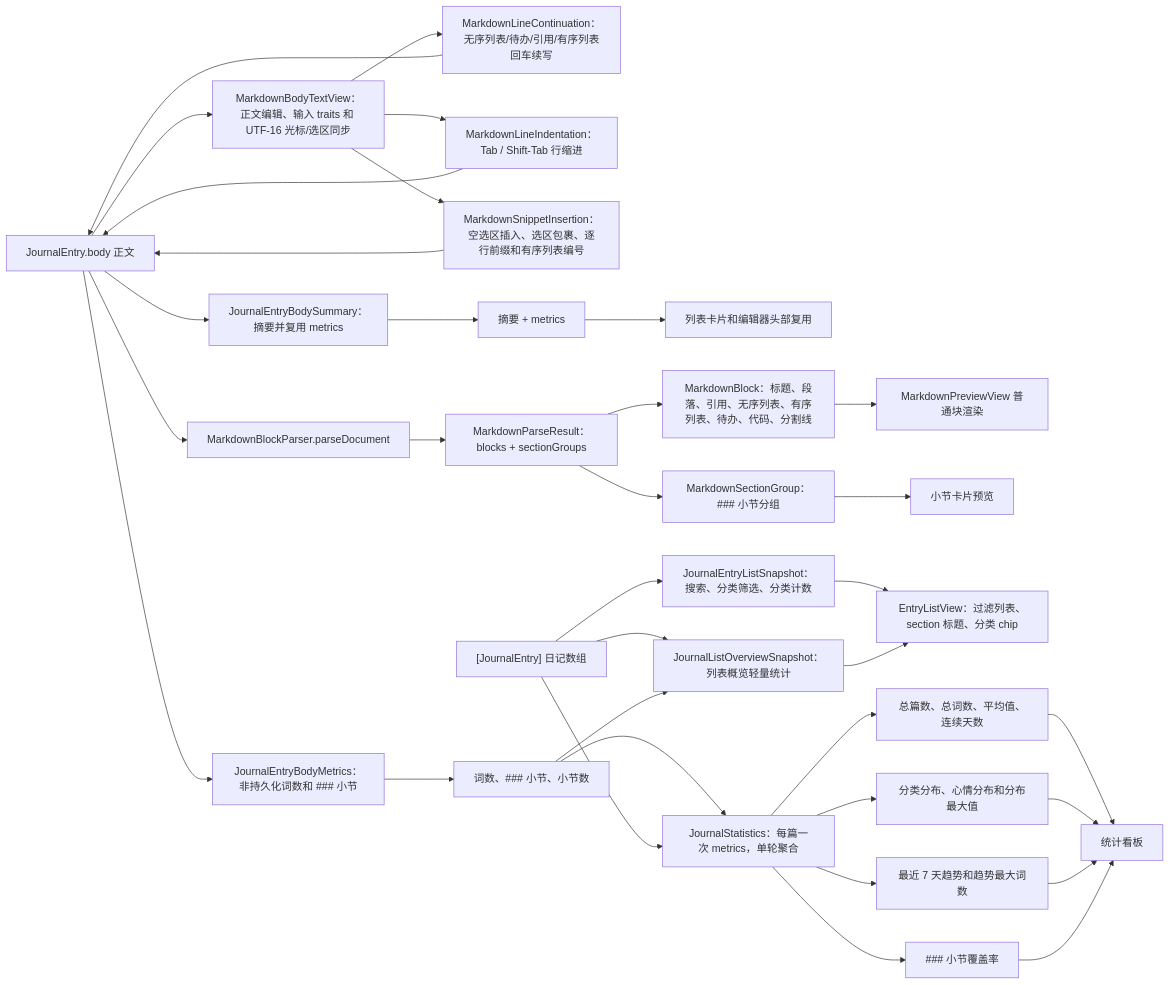
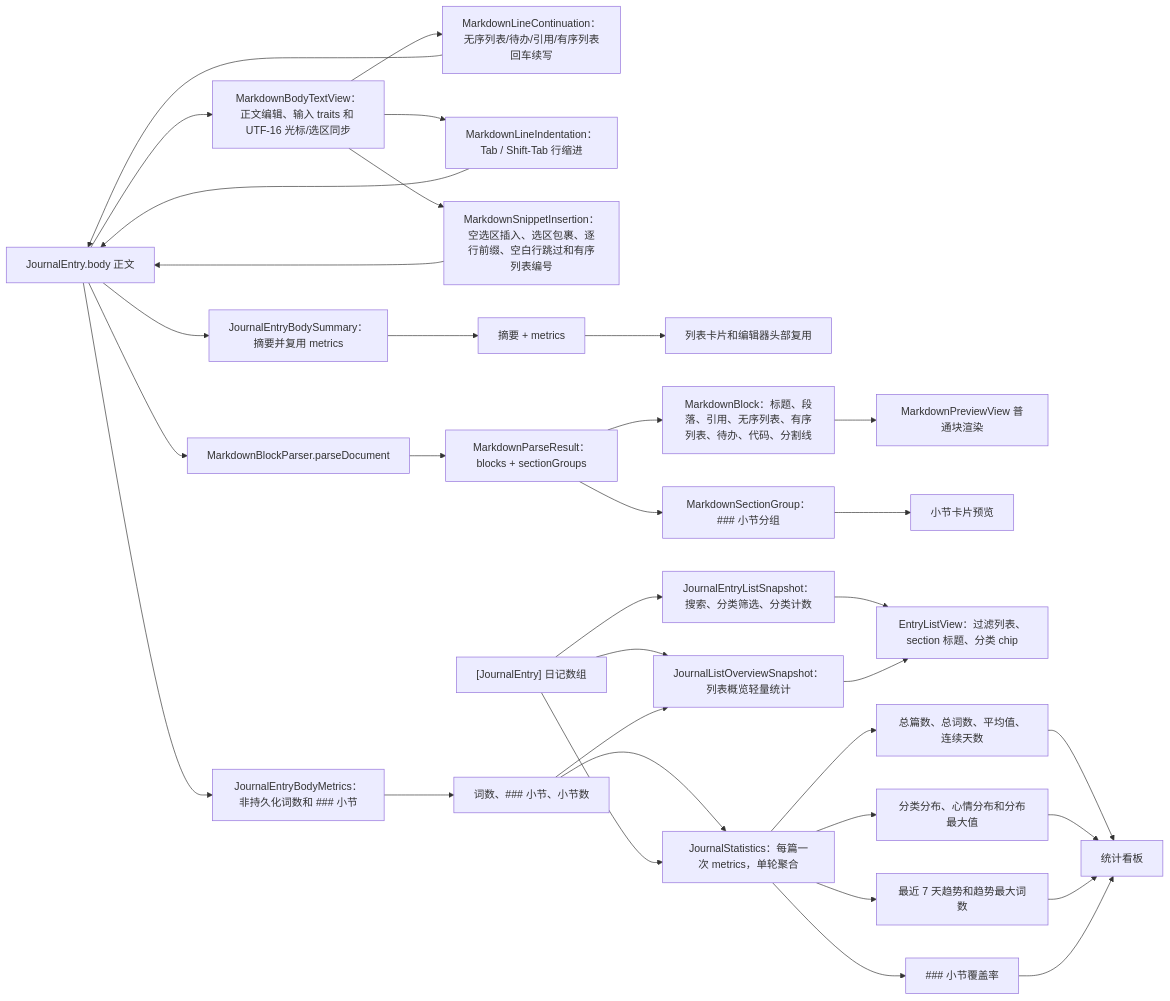
The fourth of 6 diagrams in md/flow/flowchart.md (Altman-sam114/117), drawn with Mermaid before and after one commit. The commit also changed other lines of this file and 8 other files, not shown here.

````diff
--- a/md/flow/flowchart.md
+++ b/md/flow/flowchart.md
@@ -119,36 +119,36 @@
 ```mermaid
 flowchart LR
   Body["JournalEntry.body 正文"] --> MetricsNode2["JournalEntryBodyMetrics：非持久化词数和 ### 小节"]
   Body --> Summary["JournalEntryBodySummary：摘要并复用 metrics"]
   Body --> BodyText["MarkdownBodyTextView：正文编辑、输入 traits 和 UTF-16 光标/选区同步"]
   BodyText --> ContinueRule["MarkdownLineContinuation：无序列表/待办/引用/有序列表回车续写"]
   ContinueRule --> Body
   BodyText --> IndentRule["MarkdownLineIndentation：Tab / Shift-Tab 行缩进"]
   IndentRule --> Body
-  BodyText --> InsertRule["MarkdownSnippetInsertion：空选区插入、选区包裹、逐行前缀和有序列表编号"]
+  BodyText --> InsertRule["MarkdownSnippetInsertion：空选区插入、选区包裹、逐行前缀、空白行跳过和有序列表编号"]
   InsertRule --> Body
   MetricsNode2 --> MetricsData["词数、### 小节、小节数"]
   Summary --> Excerpt["摘要 + metrics"]
   Excerpt --> RowEditor["列表卡片和编辑器头部复用"]
   MetricsData --> Statistics["JournalStatistics：每篇一次 metrics，单轮聚合"]
   Body --> Parse["MarkdownBlockParser.parseDocument"]
   Parse --> Result["MarkdownParseResult：blocks + sectionGroups"]
   Result --> Blocks["MarkdownBlock：标题、段落、引用、无序列表、有序列表、待办、代码、分割线"]
   Blocks --> Preview["MarkdownPreviewView 普通块渲染"]
   Result --> Sections["MarkdownSectionGroup：### 小节分组"]
   Sections --> SectionPreview["小节卡片预览"]
   Entries["[JournalEntry] 日记数组"] --> Statistics
   Entries --> ListSnapshot2["JournalEntryListSnapshot：搜索、分类筛选、分类计数"]
   ListSnapshot2 --> ListView["EntryListView：过滤列表、section 标题、分类 chip"]
   Entries --> ListOverview2["JournalListOverviewSnapshot：列表概览轻量统计"]
   MetricsData --> ListOverview2
   ListOverview2 --> ListView
   Statistics --> Metrics["总篇数、总词数、平均值、连续天数"]
   Statistics --> Distributions["分类分布、心情分布和分布最大值"]
   Statistics --> Trend["最近 7 天趋势和趋势最大词数"]
   Statistics --> Coverage["### 小节覆盖率"]
   Metrics --> Dashboard["统计看板"]
   Distributions --> Dashboard
   Trend --> Dashboard
   Coverage --> Dashboard
 ```
````
